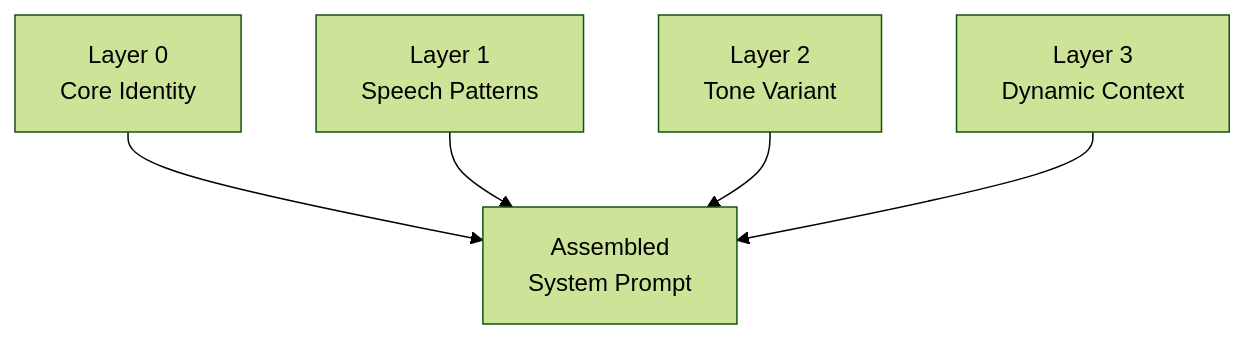
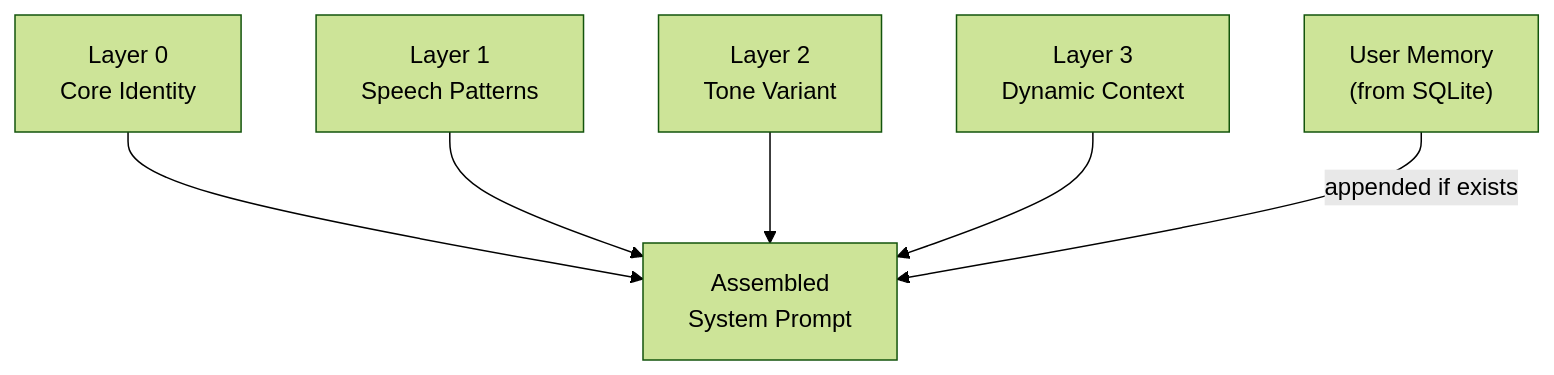
The fourth of 7 diagrams in README.md (AlaskanTuna/rokabot), drawn with Mermaid (forest theme) before and after one commit. The commit also changed other lines of this file and 3 other files, not shown here.

Commit message:
docs: update README with Phase 7 features, diagrams, and integration test script

````diff
--- a/README.md
+++ b/README.md
@@ -111,8 +131,9 @@
 ```mermaid
 flowchart TD
     L0["Layer 0\nCore Identity"] --> Combine
     L1["Layer 1\nSpeech Patterns"] --> Combine
     L2["Layer 2\nTone Variant"] --> Combine
     L3["Layer 3\nDynamic Context"] --> Combine
     Combine["Assembled\nSystem Prompt"]
+    UserFacts["User Memory\n(from SQLite)"] -->|appended if exists| Combine
 ```
````
